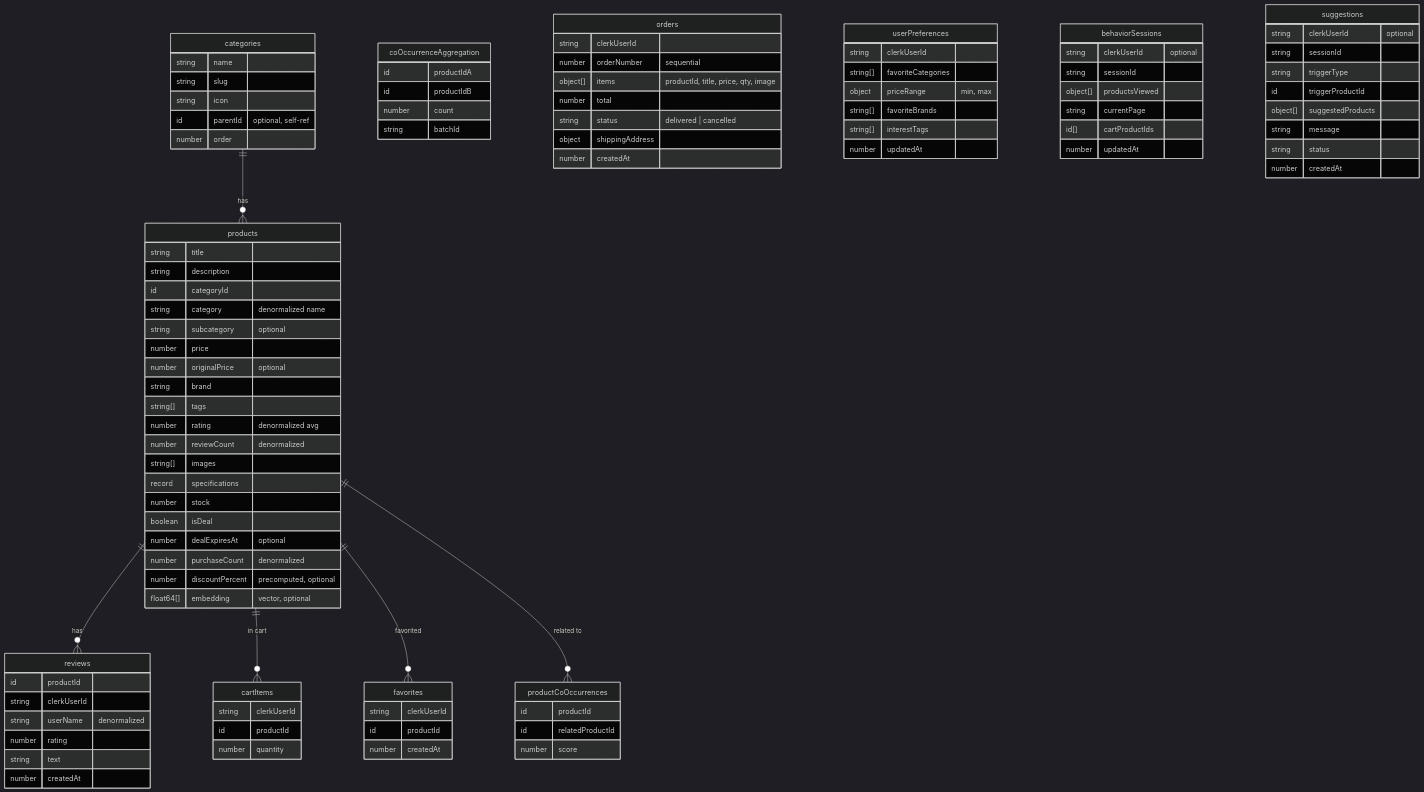
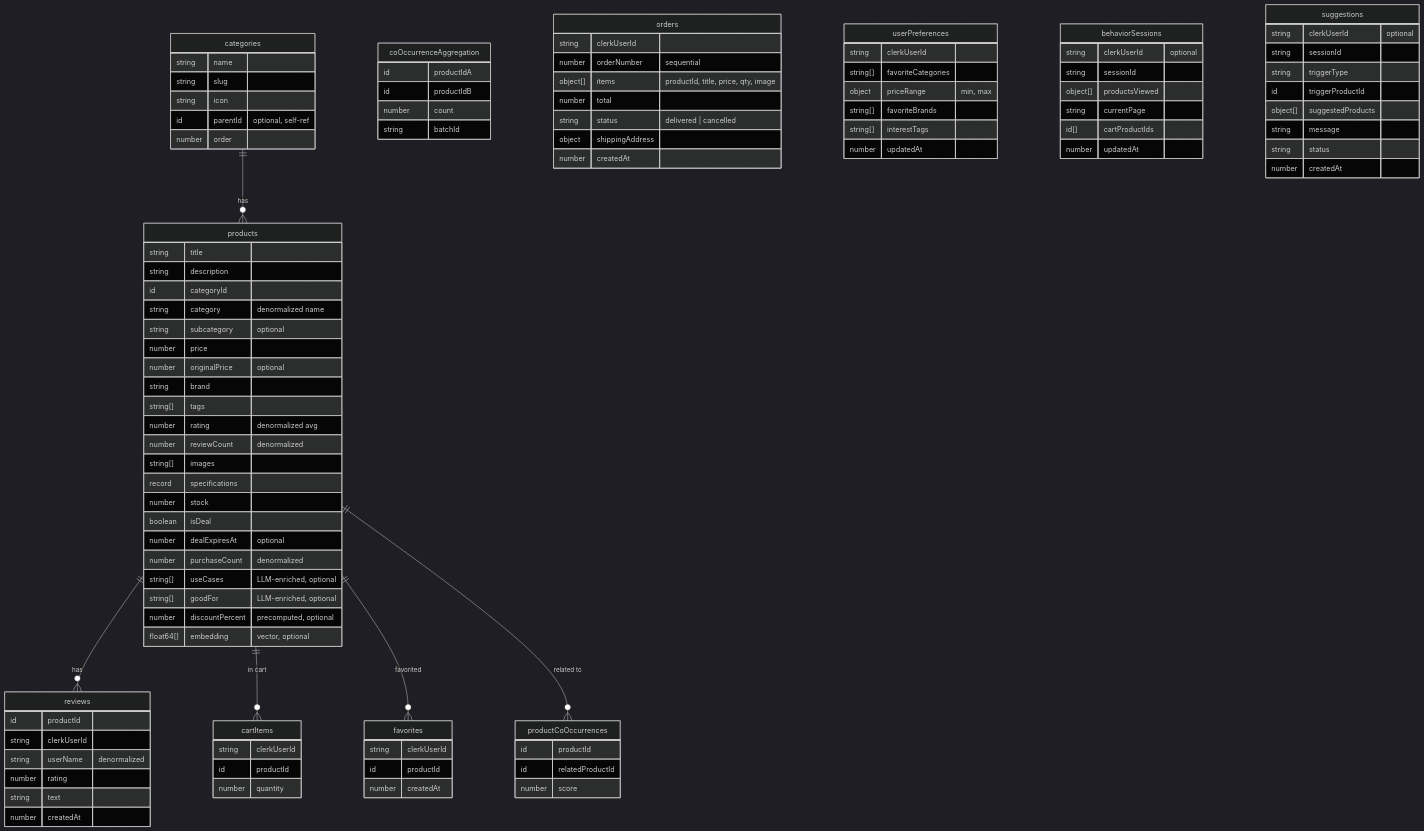
Before and after one commit to mihaicrisan04/zalem: the first of 5 diagrams in docs/data-layer-plan.md, drawn with Mermaid (dark theme). The commit also changed other lines of this file and 9 other files, not shown here.

```diff
--- a/docs/data-layer-plan.md
+++ b/docs/data-layer-plan.md
@@ -45,6 +45,8 @@
         boolean isDeal
         number dealExpiresAt "optional"
         number purchaseCount "denormalized"
+        string[] useCases "LLM-enriched, optional"
+        string[] goodFor "LLM-enriched, optional"
         number discountPercent "precomputed, optional"
         float64[] embedding "vector, optional"
     }
```
